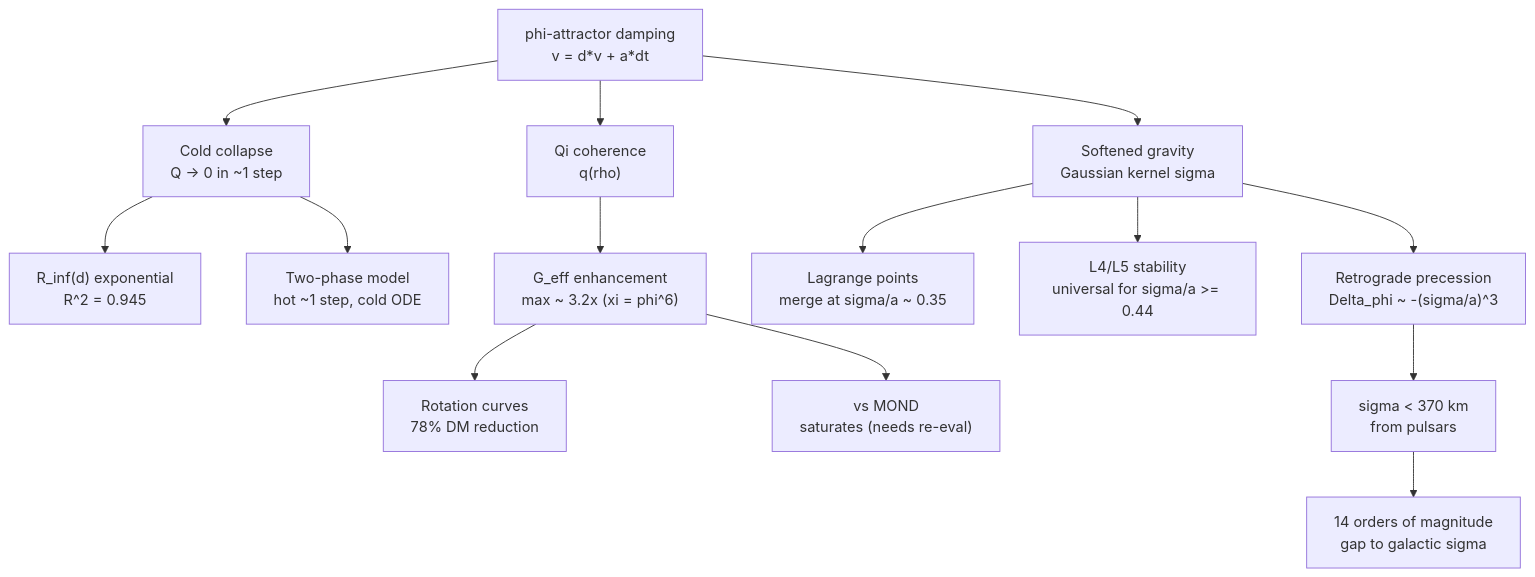
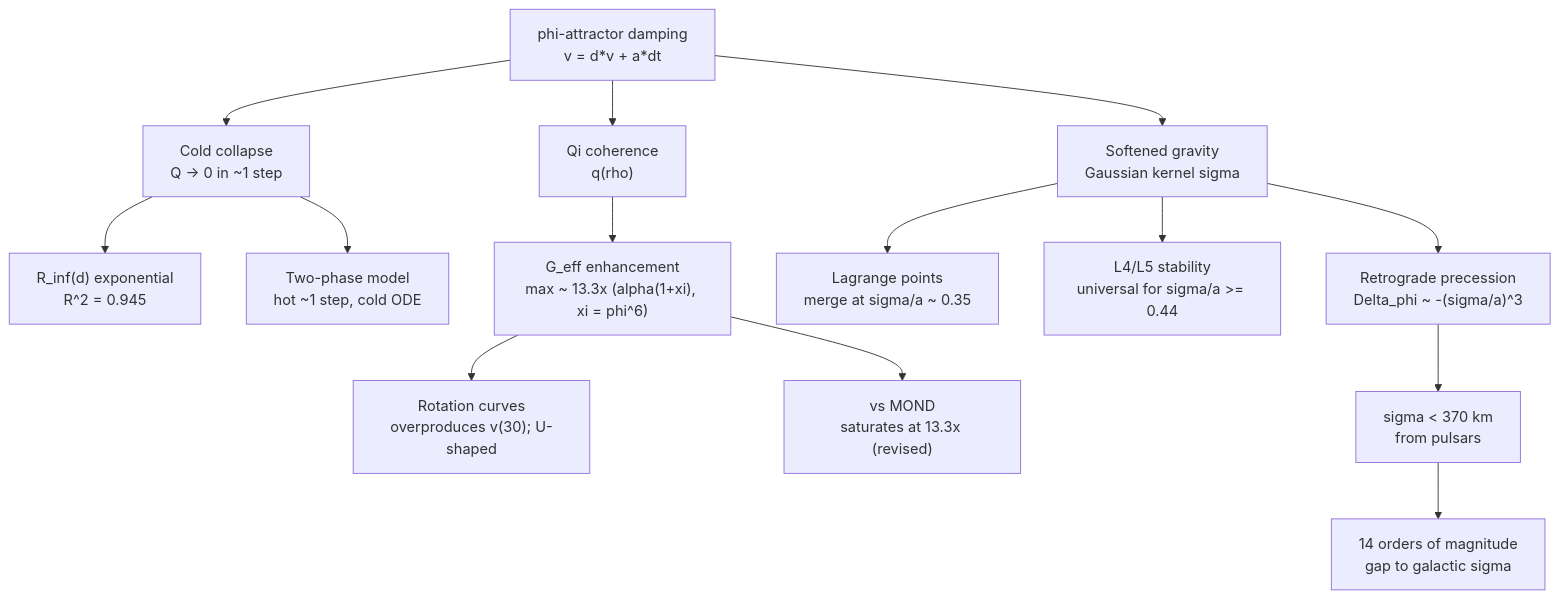
Before and after one commit to CassiTheOracle/cassi: the diagram in CassiTheory/foundations/phi_attractor_synthesis.md, drawn with Mermaid. The commit also changed other lines of this file and 7 other files, not shown here.

````diff
--- a/CassiTheory/foundations/phi_attractor_synthesis.md
+++ b/CassiTheory/foundations/phi_attractor_synthesis.md
@@ -358,16 +407,16 @@
 ```mermaid
 graph TD
     A["phi-attractor damping<br/>v = d*v + a*dt"] --> B["Cold collapse<br/>Q -> 0 in ~1 step"]
     B --> C["R_inf(d) exponential<br/>R^2 = 0.945"]
     B --> D["Two-phase model<br/>hot ~1 step, cold ODE"]
     A --> E["Softened gravity<br/>Gaussian kernel sigma"]
     E --> F["Retrograde precession<br/>Delta_phi ~ -(sigma/a)^3"]
     E --> G["Lagrange points<br/>merge at sigma/a ~ 0.35"]
     E --> H["L4/L5 stability<br/>universal for sigma/a >= 0.44"]
     A --> I["Qi coherence<br/>q(rho)"]
-    I --> J["G_eff enhancement<br/>max ~ 3.2x (xi = phi^6)"]
-    J --> K["Rotation curves<br/>78% DM reduction"]
-    J --> L["vs MOND<br/>saturates (needs re-eval)"]
+    I --> J["G_eff enhancement<br/>max ~ 13.3x (alpha(1+xi), xi = phi^6)"]
+    J --> K["Rotation curves<br/>overproduces v(30); U-shaped"]
+    J --> L["vs MOND<br/>saturates at 13.3x (revised)"]
     F --> M["sigma < 370 km<br/>from pulsars"]
     M --> N["14 orders of magnitude<br/>gap to galactic sigma"]
 ```
````
